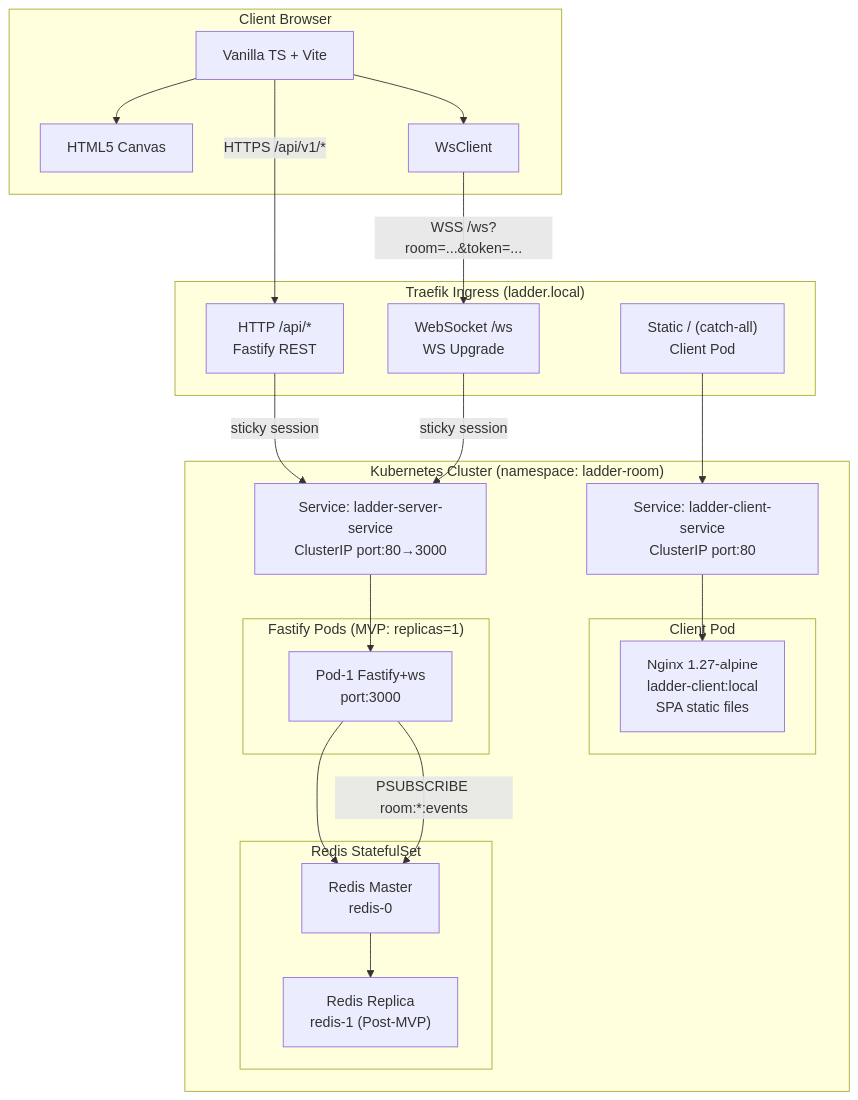
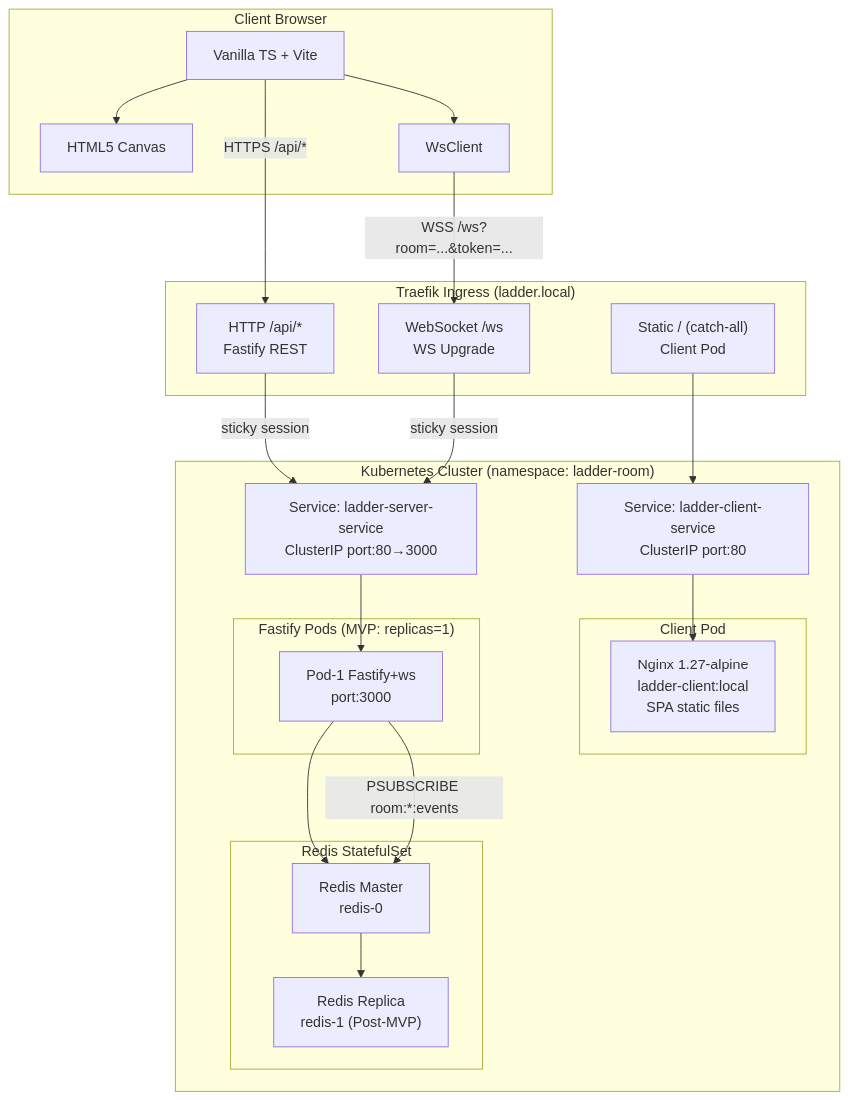
The first of 5 diagrams in docs/EDD.md (ibalasite/climb_stairs), drawn with Mermaid before and after one commit. The commit also changed other lines of this file, not shown here.

````diff
--- a/docs/EDD.md
+++ b/docs/EDD.md
@@ -68,47 +68,47 @@
 ```mermaid
 graph TD
     subgraph Client["Client Browser"]
         TS["Vanilla TS + Vite"]
         Canvas["HTML5 Canvas"]
         WSClient["WsClient"]
         TS --> Canvas
         TS --> WSClient
     end
 
     subgraph Ingress["Traefik Ingress (ladder.local)"]
         NginxHTTP["HTTP /api/*\nFastify REST"]
         NginxWS["WebSocket /ws\nWS Upgrade"]
         NginxStatic["Static / (catch-all)\nClient Pod"]
     end
 
     subgraph K8sCluster["Kubernetes Cluster (namespace: ladder-room)"]
         SVC["Service: ladder-server-service\nClusterIP port:80→3000"]
         ClientSVC["Service: ladder-client-service\nClusterIP port:80"]
 
         subgraph ClientPod["Client Pod"]
             NginxPod["Nginx 1.27-alpine\nladder-client:local\nSPA static files"]
         end
 
         subgraph Pods["Fastify Pods (MVP: replicas=1)"]
             Pod1["Pod-1 Fastify+ws\nport:3000"]
         end
 
         SVC --> Pod1
         ClientSVC --> NginxPod
 
         subgraph Redis["Redis StatefulSet"]
             RedisMaster["Redis Master\nredis-0"]
             RedisReplica["Redis Replica\nredis-1 (Post-MVP)"]
             RedisMaster --> RedisReplica
         end
 
         Pod1 --> RedisMaster
         Pod1 --> |"PSUBSCRIBE room:*:events"| RedisMaster
     end
 
     WSClient --> |"WSS /ws?room=...&token=..."| NginxWS
-    TS --> |"HTTPS /api/v1/*"| NginxHTTP
+    TS --> |"HTTPS /api/*"| NginxHTTP
     NginxHTTP --> |"sticky session"| SVC
     NginxWS --> |"sticky session"| SVC
     NginxStatic --> ClientSVC
 ```
````
